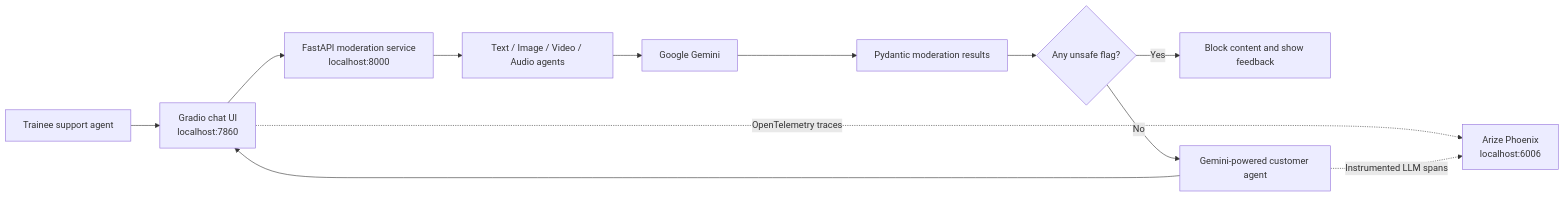
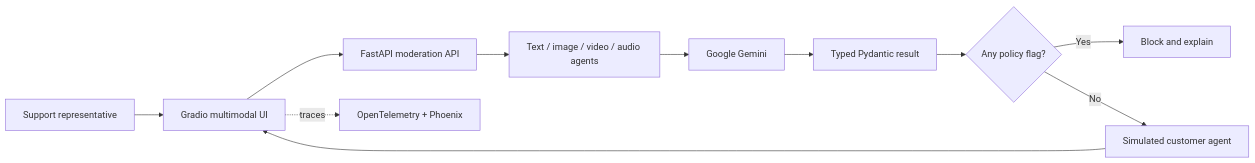
Before and after one commit to trzhang-ai/multimodal-support-simulator: the diagram in README.md, drawn with Mermaid. The commit also changed other lines of this file and 48 other files, not shown here.

````diff
--- a/README.md
+++ b/README.md
@@ -30,14 +16,13 @@
 ```mermaid
 flowchart LR
-    trainee["Trainee support agent"] --> gradio["Gradio chat UI<br/>localhost:7860"]
-    gradio --> api["FastAPI moderation service<br/>localhost:8000"]
-    api --> agents["Text / Image / Video / Audio agents"]
-    agents --> gemini["Google Gemini"]
-    gemini --> schemas["Pydantic moderation results"]
-    schemas --> decision{"Any unsafe flag?"}
-    decision -->|Yes| blocked["Block content and show feedback"]
-    decision -->|No| customer["Gemini-powered customer agent"]
-    customer --> gradio
-    gradio -. OpenTelemetry traces .-> phoenix["Arize Phoenix<br/>localhost:6006"]
-    customer -. Instrumented LLM spans .-> phoenix
+    user["Support representative"] --> ui["Gradio multimodal UI"]
+    ui --> api["FastAPI moderation API"]
+    api --> agents["Text / image / video / audio agents"]
+    agents --> model["Google Gemini"]
+    model --> result["Typed Pydantic result"]
+    result --> gate{"Any policy flag?"}
+    gate -->|Yes| blocked["Block and explain"]
+    gate -->|No| customer["Simulated customer agent"]
+    customer --> ui
+    ui -. traces .-> phoenix["OpenTelemetry + Phoenix"]
 ```
````
